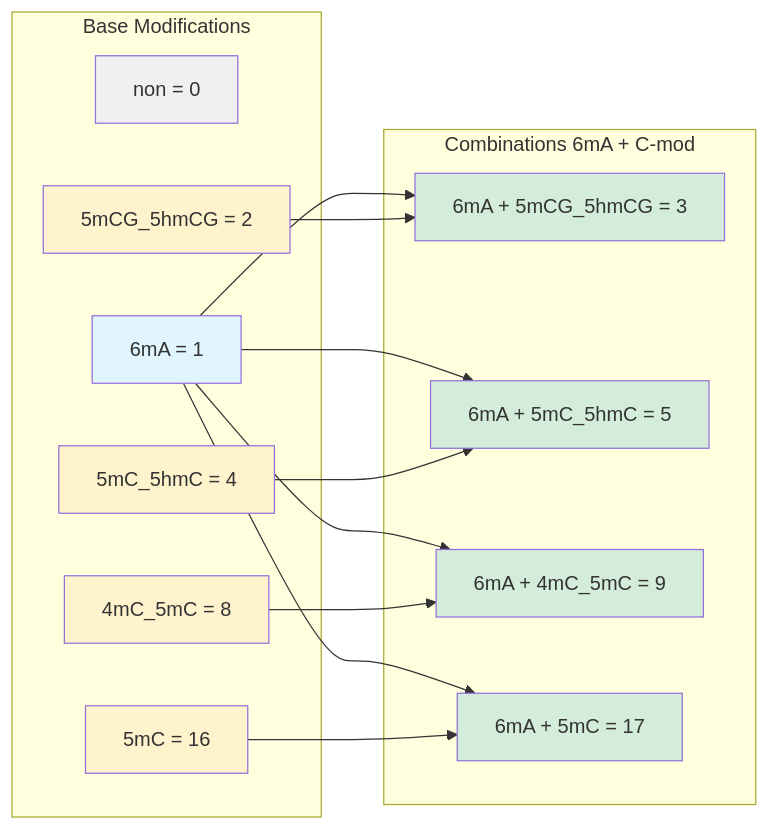
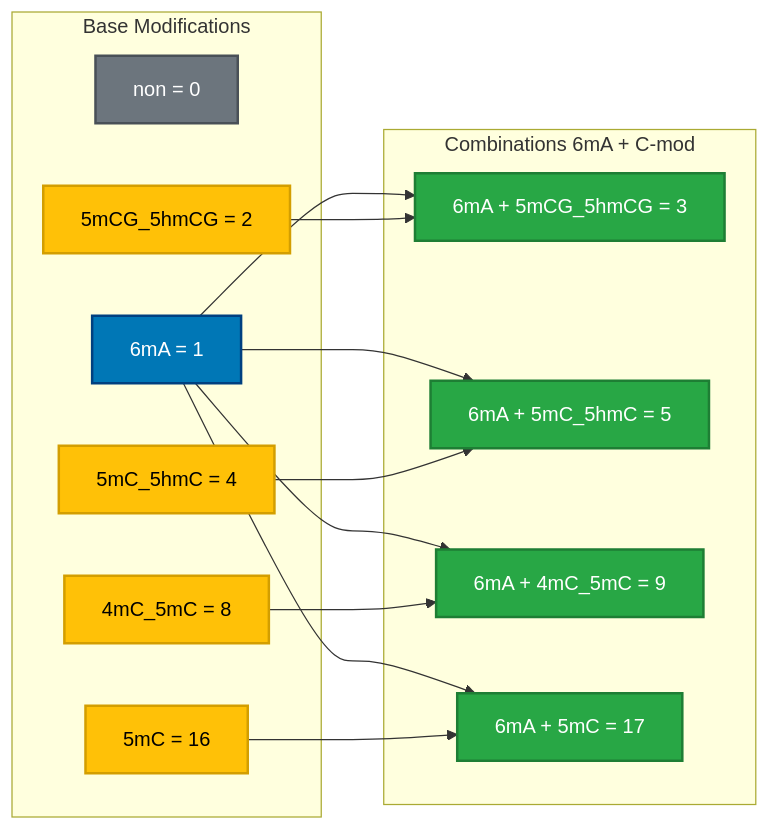
The fifth of 7 diagrams in DIAGRAMS.md (Single-Molecule-Sequencing/ONT-SMA-seq), drawn with Mermaid before and after one commit. The commit also changed other lines of this file and 1 other file, not shown here.

Commit message:
Improve color scheme for better readability in diagrams

````diff
--- a/DIAGRAMS.md
+++ b/DIAGRAMS.md
@@ -199,38 +199,38 @@
 ```mermaid
 graph LR
     subgraph "Base Modifications"
         M0[non = 0]
         M1[6mA = 1]
         M2[5mCG_5hmCG = 2]
         M3[5mC_5hmC = 4]
         M4[4mC_5mC = 8]
         M5[5mC = 16]
     end
     
     subgraph "Combinations 6mA + C-mod"
         C1[6mA + 5mCG_5hmCG = 3]
         C2[6mA + 5mC_5hmC = 5]
         C3[6mA + 4mC_5mC = 9]
         C4[6mA + 5mC = 17]
     end
     
     M1 --> C1
     M2 --> C1
     M1 --> C2
     M3 --> C2
     M1 --> C3
     M4 --> C3
     M1 --> C4
     M5 --> C4
     
-    style M0 fill:#f0f0f0
-    style M1 fill:#e1f5ff
-    style M2 fill:#fff3cd
-    style M3 fill:#fff3cd
-    style M4 fill:#fff3cd
-    style M5 fill:#fff3cd
-    style C1 fill:#d4edda
-    style C2 fill:#d4edda
-    style C3 fill:#d4edda
-    style C4 fill:#d4edda
+    style M0 fill:#6c757d,stroke:#495057,stroke-width:2px,color:#fff
+    style M1 fill:#0077b6,stroke:#004080,stroke-width:2px,color:#fff
+    style M2 fill:#ffc107,stroke:#d39e00,stroke-width:2px,color:#000
+    style M3 fill:#ffc107,stroke:#d39e00,stroke-width:2px,color:#000
+    style M4 fill:#ffc107,stroke:#d39e00,stroke-width:2px,color:#000
+    style M5 fill:#ffc107,stroke:#d39e00,stroke-width:2px,color:#000
+    style C1 fill:#28a745,stroke:#1e7e34,stroke-width:2px,color:#fff
+    style C2 fill:#28a745,stroke:#1e7e34,stroke-width:2px,color:#fff
+    style C3 fill:#28a745,stroke:#1e7e34,stroke-width:2px,color:#fff
+    style C4 fill:#28a745,stroke:#1e7e34,stroke-width:2px,color:#fff
 ```
````
